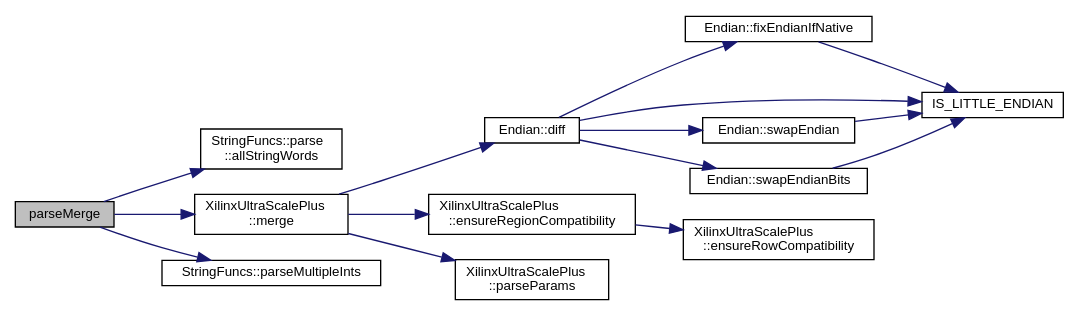
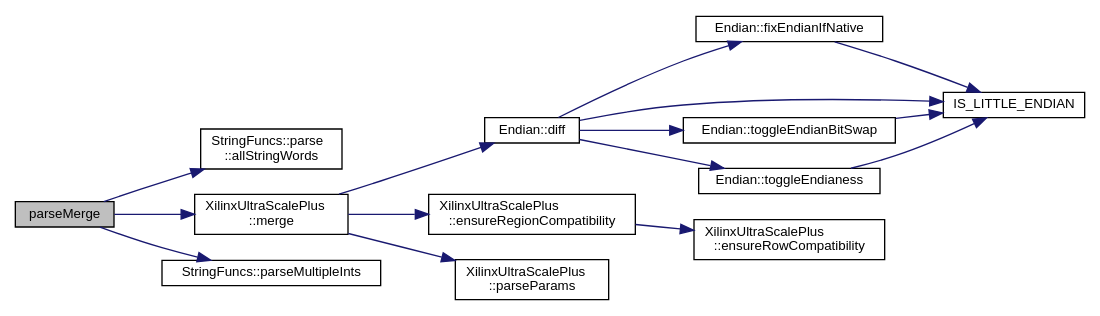
The diagram in byteman_8cpp_a8c6afae26d72a7030f5f568b832170cc_cgraph.dot (FPGA-Research-Manchester/byteman), drawn with Graphviz before and after one commit. The commit also changed 366 other files, not shown here.

```diff
--- a/byteman_8cpp_a8c6afae26d72a7030f5f568b832170cc_cgraph.dot
+++ b/byteman_8cpp_a8c6afae26d72a7030f5f568b832170cc_cgraph.dot
@@ -1,34 +1,34 @@
 digraph "parseMerge"
 {
  // INTERACTIVE_SVG=YES
  // LATEX_PDF_SIZE
   edge [fontname="Helvetica",fontsize="10",labelfontname="Helvetica",labelfontsize="10"];
   node [fontname="Helvetica",fontsize="10",shape=record];
   rankdir="LR";
   Node1 [label="parseMerge",height=0.2,width=0.4,color="black", fillcolor="grey75", style="filled", fontcolor="black",tooltip=" "];
   Node1 -> Node2 [color="midnightblue",fontsize="10",style="solid",fontname="Helvetica"];
   Node2 [label="StringFuncs::parse\l::allStringWords",height=0.2,width=0.4,color="black", fillcolor="white", style="filled",URL="$namespaceStringFuncs_1_1parse.html#aca49dfabfcccdb107bf1769a2ced8d7f",tooltip=" "];
   Node1 -> Node3 [color="midnightblue",fontsize="10",style="solid",fontname="Helvetica"];
   Node3 [label="XilinxUltraScalePlus\l::merge",height=0.2,width=0.4,color="black", fillcolor="white", style="filled",URL="$classXilinxUltraScalePlus.html#aa0e0292dad364e72a422f4733f5ca207",tooltip=" "];
   Node3 -> Node4 [color="midnightblue",fontsize="10",style="solid",fontname="Helvetica"];
   Node4 [label="Endian::diff",height=0.2,width=0.4,color="black", fillcolor="white", style="filled",URL="$namespaceEndian.html#a341a75d4d5983d8e5572d021f945d9a5",tooltip=" "];
   Node4 -> Node5 [color="midnightblue",fontsize="10",style="solid",fontname="Helvetica"];
   Node5 [label="Endian::fixEndianIfNative",height=0.2,width=0.4,color="black", fillcolor="white", style="filled",URL="$namespaceEndian.html#a8a0c2ce68f029b6a669ea1009ab0054b",tooltip=" "];
   Node5 -> Node6 [color="midnightblue",fontsize="10",style="solid",fontname="Helvetica"];
   Node6 [label="IS_LITTLE_ENDIAN",height=0.2,width=0.4,color="black", fillcolor="white", style="filled",URL="$Endianess_8h.html#a09334e77fb4b0057f3d9ef99a5ae987c",tooltip=" "];
   Node4 -> Node6 [color="midnightblue",fontsize="10",style="solid",fontname="Helvetica"];
   Node4 -> Node7 [color="midnightblue",fontsize="10",style="solid",fontname="Helvetica"];
-  Node7 [label="Endian::swapEndian",height=0.2,width=0.4,color="black", fillcolor="white", style="filled",URL="$namespaceEndian.html#a250cb73cab89a72ecae4c250ca0c41f5",tooltip=" "];
+  Node7 [label="Endian::toggleEndianBitSwap",height=0.2,width=0.4,color="black", fillcolor="white", style="filled",URL="$namespaceEndian.html#af469f5fd27060a81c82806dea65554a7",tooltip=" "];
   Node7 -> Node6 [color="midnightblue",fontsize="10",style="solid",fontname="Helvetica"];
   Node4 -> Node8 [color="midnightblue",fontsize="10",style="solid",fontname="Helvetica"];
-  Node8 [label="Endian::swapEndianBits",height=0.2,width=0.4,color="black", fillcolor="white", style="filled",URL="$namespaceEndian.html#ae84a9fd69f0e2b208ae1beb9c5b3d331",tooltip=" "];
+  Node8 [label="Endian::toggleEndianess",height=0.2,width=0.4,color="black", fillcolor="white", style="filled",URL="$namespaceEndian.html#a954bd435350458e73339029cae57e78b",tooltip=" "];
   Node8 -> Node6 [color="midnightblue",fontsize="10",style="solid",fontname="Helvetica"];
   Node3 -> Node9 [color="midnightblue",fontsize="10",style="solid",fontname="Helvetica"];
   Node9 [label="XilinxUltraScalePlus\l::ensureRegionCompatibility",height=0.2,width=0.4,color="black", fillcolor="white", style="filled",URL="$classXilinxUltraScalePlus.html#aee23123bf4e839c04197f1a8f11441e4",tooltip=" "];
   Node9 -> Node10 [color="midnightblue",fontsize="10",style="solid",fontname="Helvetica"];
   Node10 [label="XilinxUltraScalePlus\l::ensureRowCompatibility",height=0.2,width=0.4,color="black", fillcolor="white", style="filled",URL="$classXilinxUltraScalePlus.html#a2877557d807ee21ed7f111459380f944",tooltip=" "];
   Node3 -> Node11 [color="midnightblue",fontsize="10",style="solid",fontname="Helvetica"];
   Node11 [label="XilinxUltraScalePlus\l::parseParams",height=0.2,width=0.4,color="black", fillcolor="white", style="filled",URL="$classXilinxUltraScalePlus.html#aafd36c932d3c93bac078997a32ca8bc6",tooltip=" "];
   Node1 -> Node12 [color="midnightblue",fontsize="10",style="solid",fontname="Helvetica"];
   Node12 [label="StringFuncs::parseMultipleInts",height=0.2,width=0.4,color="black", fillcolor="white", style="filled",URL="$namespaceStringFuncs.html#a7e1cc9be2328b6006a110bc9d306785e",tooltip=" "];
 }
```
